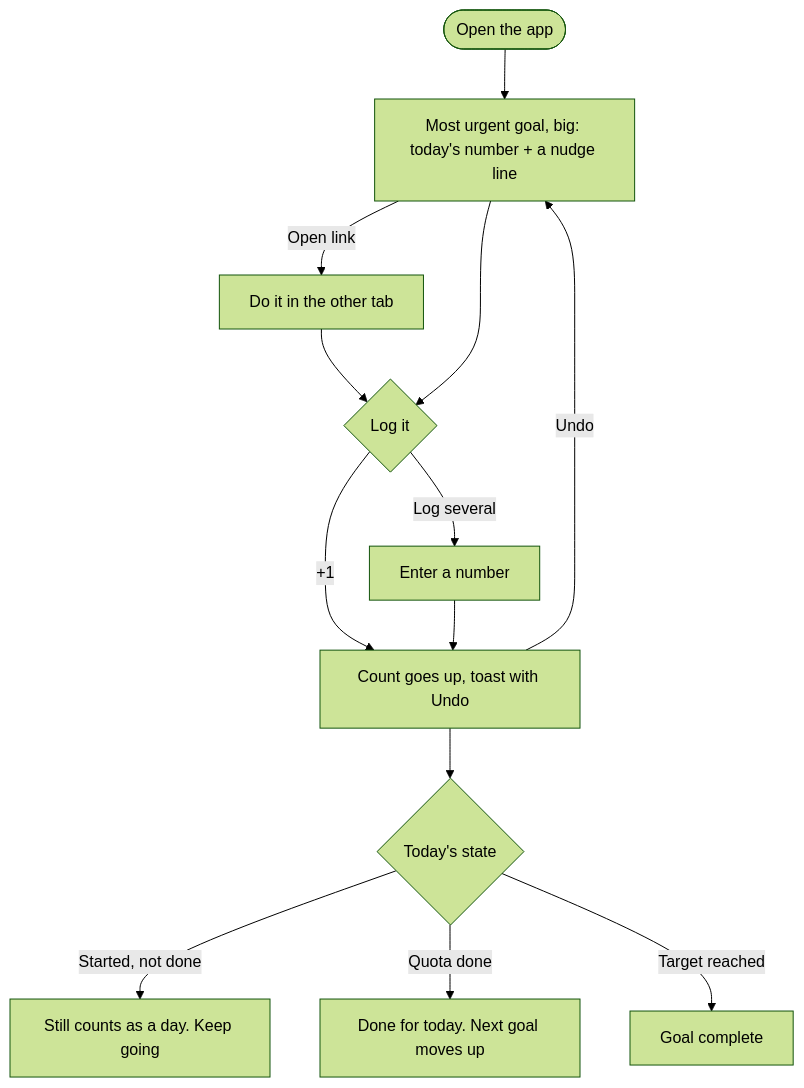
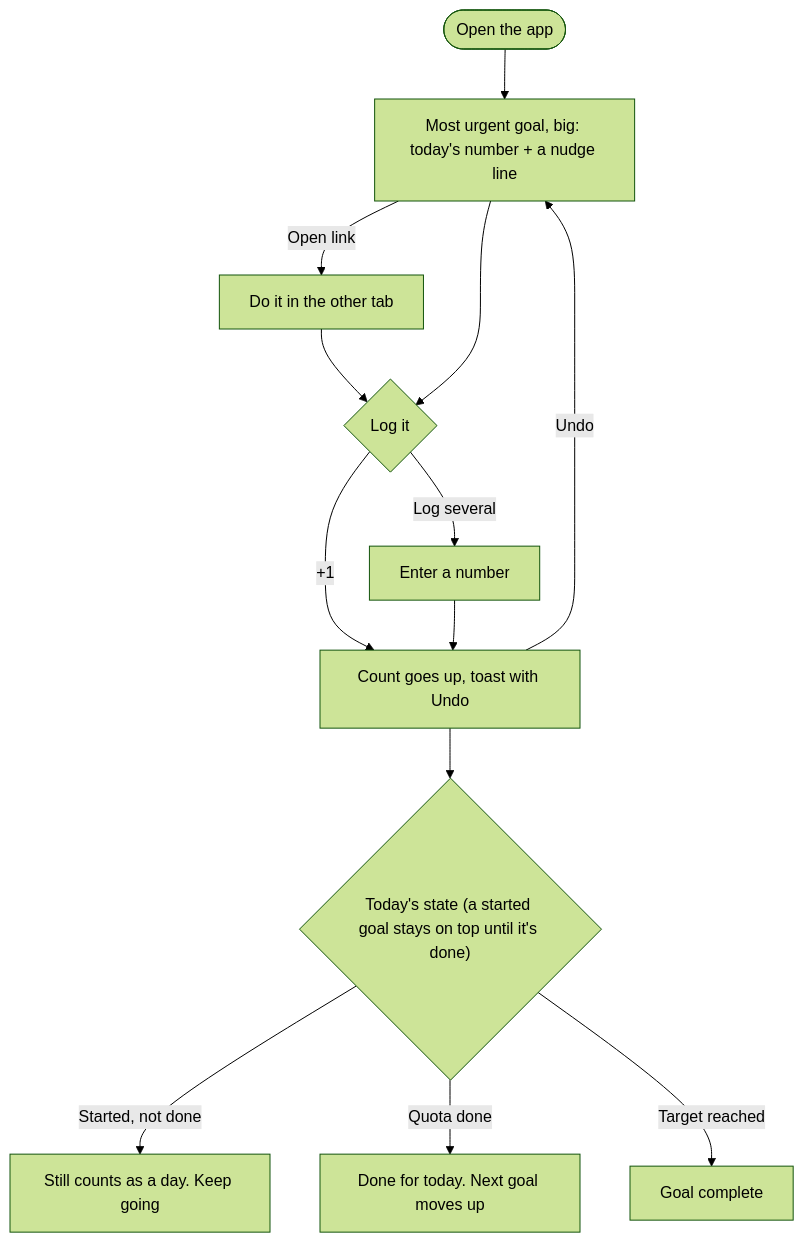
The third of 4 diagrams in flows.md (jessieyiqichen/dbs-a3), drawn with Mermaid (forest theme) before and after one commit. The commit also changed other lines of this file and 18 other files, not shown here.

````diff
--- a/flows.md
+++ b/flows.md
@@ -44,14 +44,14 @@
 ```mermaid
 flowchart TD
     A([Open the app]) --> B[Most urgent goal, big: today's number + a nudge line]
     B -->|Open link| L[Do it in the other tab]
     L --> C
     B --> C{Log it}
     C -->|+1| D[Count goes up, toast with Undo]
     C -->|Log several| M[Enter a number] --> D
     D -->|Undo| B
-    D --> S{Today's state}
+    D --> S{"Today's state (a started goal stays on top until it's done)"}
     S -->|Started, not done| B2[Still counts as a day. Keep going]
     S -->|Quota done| G[Done for today. Next goal moves up]
     S -->|Target reached| Z[Goal complete]
 ```
````
